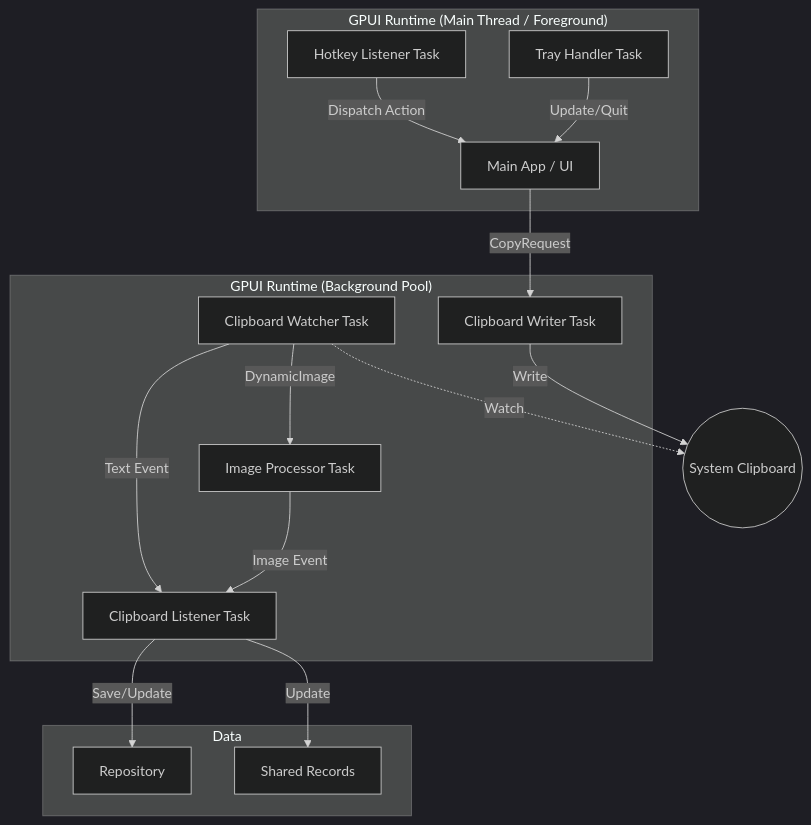
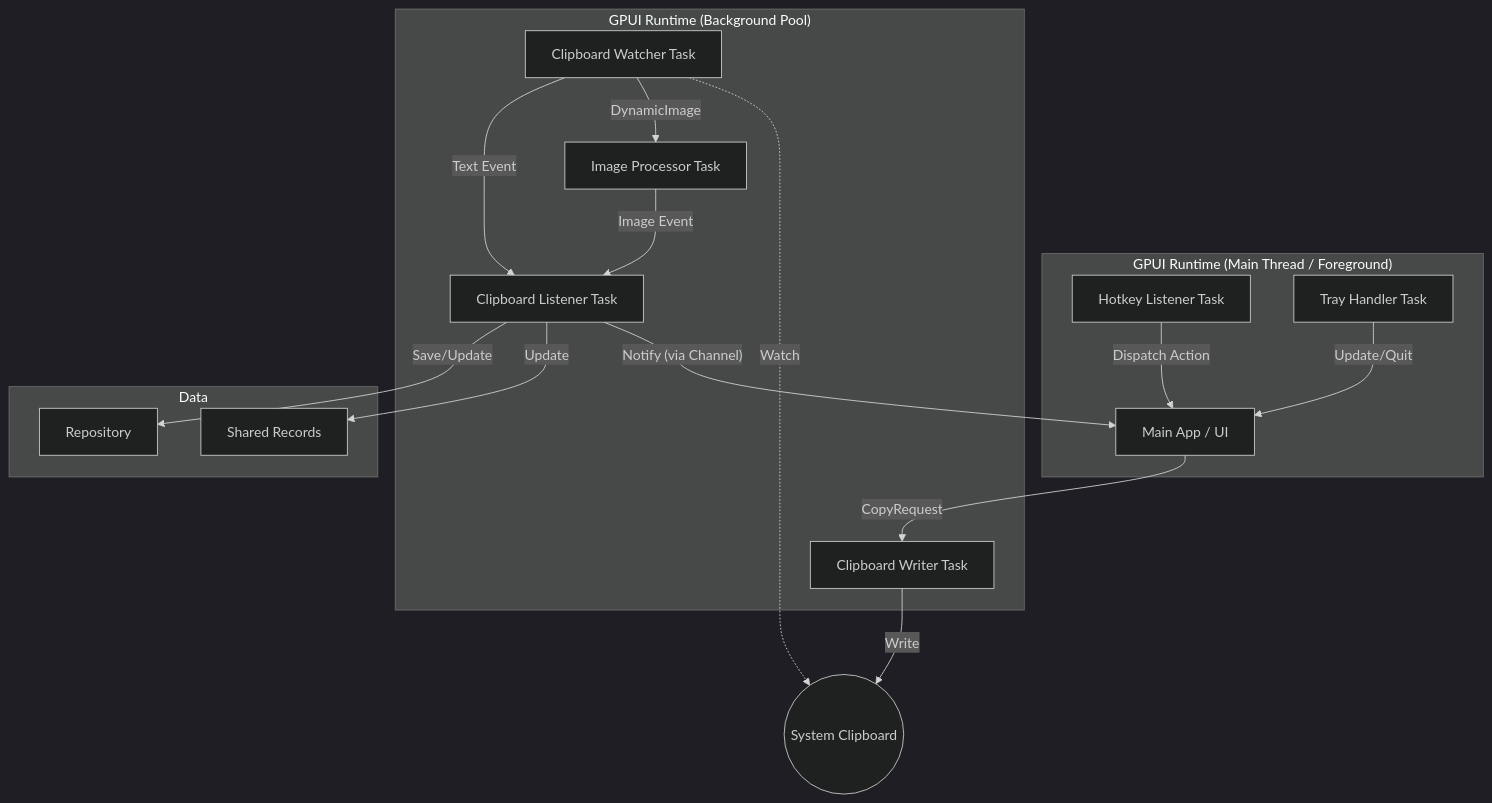
The first of 2 diagrams in doc/Concurrency Analysis.md (StudentWeis/ropy), drawn with Mermaid (dark theme) before and after one commit. The commit also changed other lines of this file and 1 other file, not shown here.

Commit message:
doc: update doc of clipboard listener to notify UI for refresh after record update

````diff
--- a/doc/Concurrency Analysis.md
+++ b/doc/Concurrency Analysis.md
@@ -55,36 +56,37 @@
 ```mermaid
 graph TD
     subgraph "GPUI Runtime (Main Thread / Foreground)"
         Main[Main App / UI]
         HL[Hotkey Listener Task]
         TH[Tray Handler Task]
     end
 
     subgraph "GPUI Runtime (Background Pool)"
         CW[Clipboard Watcher Task]
         IP[Image Processor Task]
         CL[Clipboard Listener Task]
         CWr[Clipboard Writer Task]
     end
 
     subgraph "Data"
         Repo[Repository]
         Shared[Shared Records]
     end
 
     %% Clipboard Monitoring
     CW -- "Text Event" --> CL
     CW -- "DynamicImage" --> IP
     IP -- "Image Event" --> CL
     CL -- "Save/Update" --> Repo
     CL -- "Update" --> Shared
+    CL -- "Notify (via Channel)" --> Main
 
     %% User Input
     HL -- "Dispatch Action" --> Main
     TH -- "Update/Quit" --> Main
 
     %% Clipboard Writing
     Main -- "CopyRequest" --> CWr
     CWr -- "Write" --> SystemClipboard((System Clipboard))
     CW -. "Watch" .-> SystemClipboard
 ```
````
